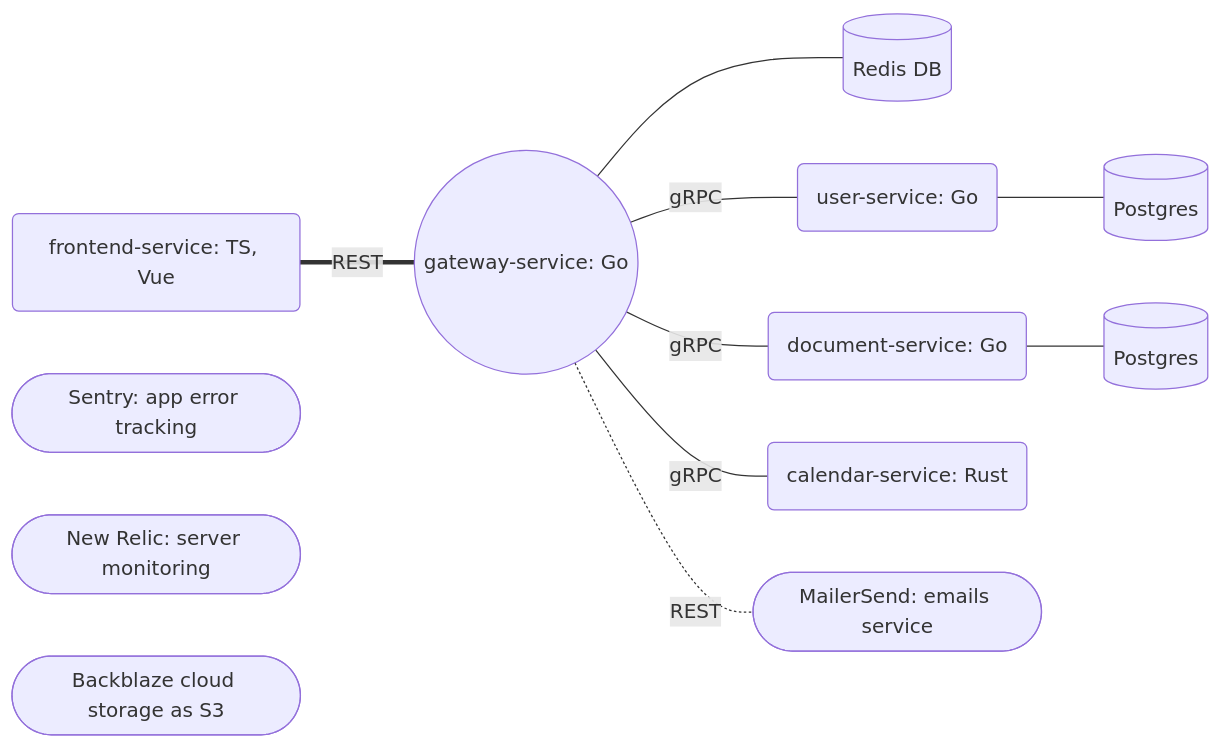
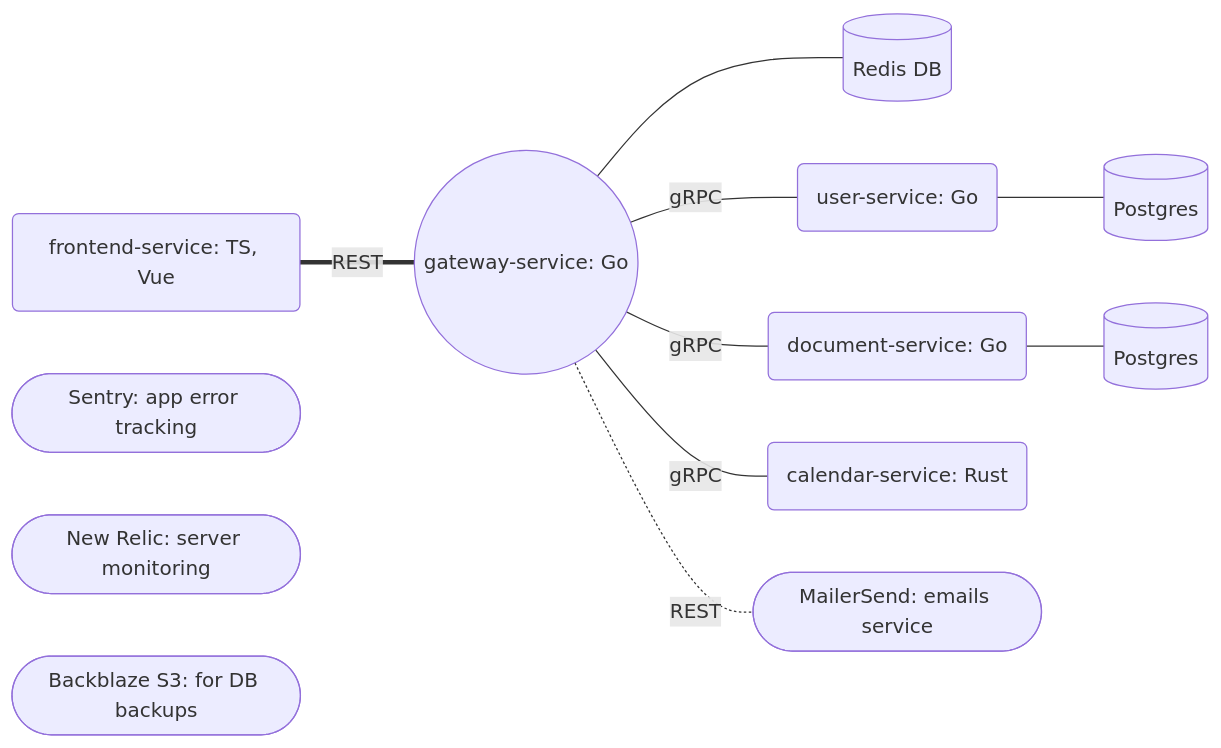
Before and after one commit to samgozman/validity.red: the diagram in README.md, drawn with Mermaid. The commit also changed other lines of this file, not shown here.

````diff
--- a/README.md
+++ b/README.md
@@ -14,18 +21,18 @@
 ```mermaid
 graph LR
     A(frontend-service: TS, Vue) === |REST| B((gateway-service: Go))
     B --- J[(Redis DB)]
     B --- |gRPC| C(user-service: Go) --- F[(Postgres)]
     B --- |gRPC| D(document-service: Go) --- G[(Postgres)]
     B --- |gRPC| E(calendar-service: Rust)
     B -.- |REST| H([MailerSend: emails service])
     K([Sentry: app error tracking])
     L([New Relic: server monitoring])
-    M([Backblaze cloud storage as S3])
+    M([Backblaze S3: for DB backups])
     
     click A "https://github.com/samgozman/validity.red/tree/main/frontend-service" "Frontend SPA written in VueJS and TypeScript"
     click B "https://github.com/samgozman/validity.red/tree/main/gateway-service" "Gateway service written in Go"
     click C "https://github.com/samgozman/validity.red/tree/main/user-service" "Users service written in Go"
     click D "https://github.com/samgozman/validity.red/tree/main/document-service" "Documents service written in Go"
     click E "https://github.com/samgozman/validity.red/tree/main/calendar-service" "Calendar service written in Rust"
 ```
````
